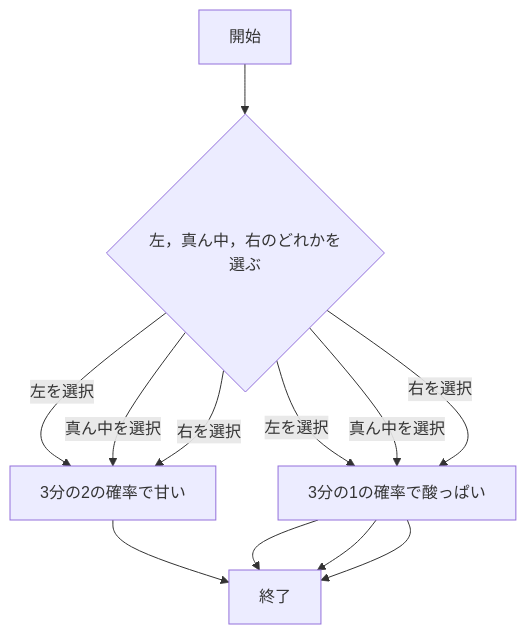
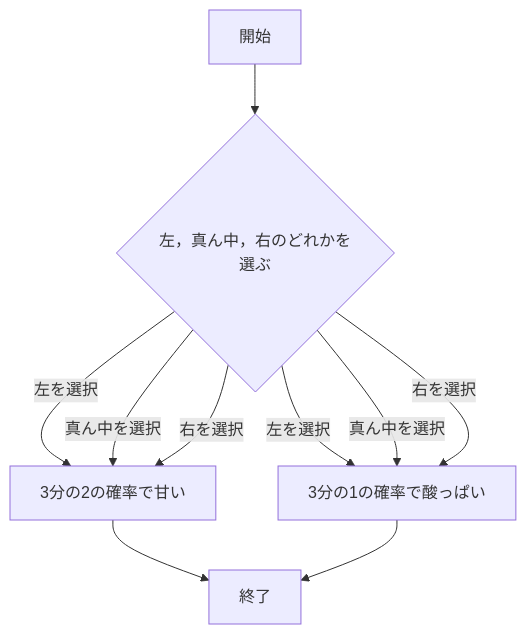
The ninth of 9 diagrams in README.md (km919/webpro_06), drawn with Mermaid before and after one commit.

Commit message:
12月27日2:18に編集済

````diff
--- a/README.md
+++ b/README.md
@@ -315,19 +315,17 @@
 ```mermaid
 flowchart TD;
 start["開始"];
 end1["終了"]
 if{"左，真ん中，右のどれかを選ぶ"}
 start --> if
 if --> |左を選択| 3分の2の確率で甘い
 3分の2の確率で甘い --> end1
 if --> |左を選択| 3分の1の確率で酸っぱい
 3分の1の確率で酸っぱい --> end1
 
 if --> |真ん中を選択| 3分の2の確率で甘い
 if --> |真ん中を選択| 3分の1の確率で酸っぱい
-3分の1の確率で酸っぱい --> end1
 
 if --> |右を選択| 3分の2の確率で甘い
 if --> |右を選択| 3分の1の確率で酸っぱい
-3分の1の確率で酸っぱい --> end1
 ```
````
